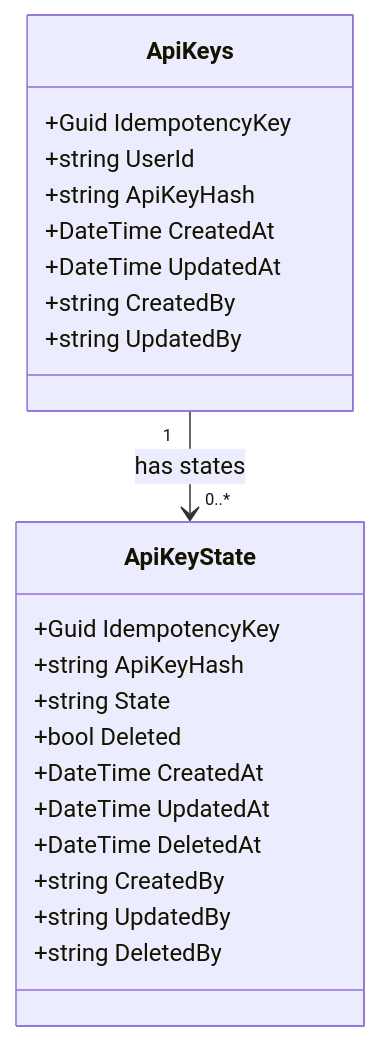
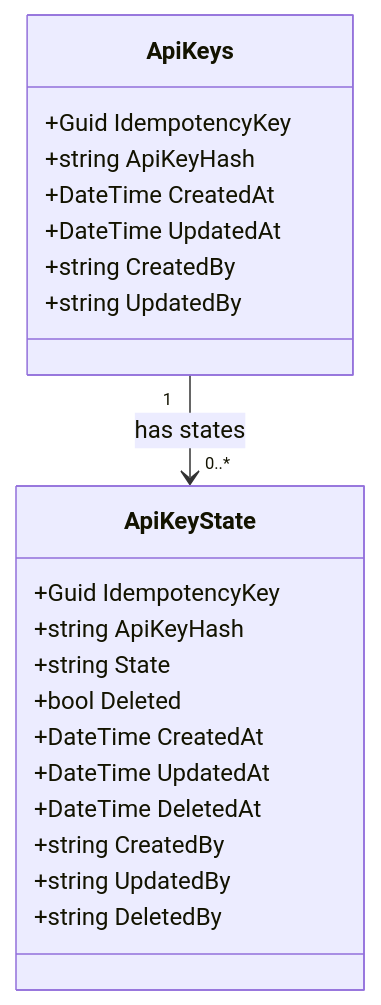
Before and after one commit to anthonynoelw/locksmith: the diagram in Docs/Concepts/concept-001-api-key-lifecycle.md, drawn with Mermaid. The commit also changed 10 other files, not shown here.

Commit message:
docs: update architecture, security, and authentication documentation

````diff
--- a/Docs/Concepts/concept-001-api-key-lifecycle.md
+++ b/Docs/Concepts/concept-001-api-key-lifecycle.md
@@ -34,27 +34,26 @@
 ```mermaid
 classDiagram
     class ApiKeys {
         +Guid IdempotencyKey
-        +string UserId
         +string ApiKeyHash
         +DateTime CreatedAt
         +DateTime UpdatedAt
         +string CreatedBy
         +string UpdatedBy
     }
 
     class ApiKeyState {
         +Guid IdempotencyKey
         +string ApiKeyHash
         +string State
         +bool Deleted
         +DateTime CreatedAt
         +DateTime UpdatedAt
         +DateTime DeletedAt
         +string CreatedBy
         +string UpdatedBy
         +string DeletedBy
     }
 
     ApiKeys "1" --> "0..*" ApiKeyState : has states
 ```
````
